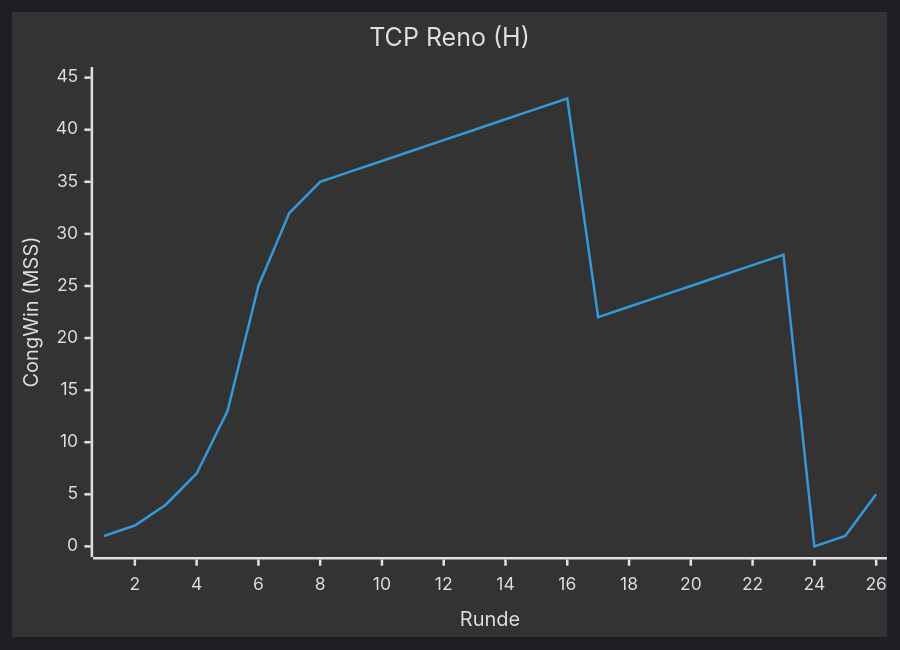
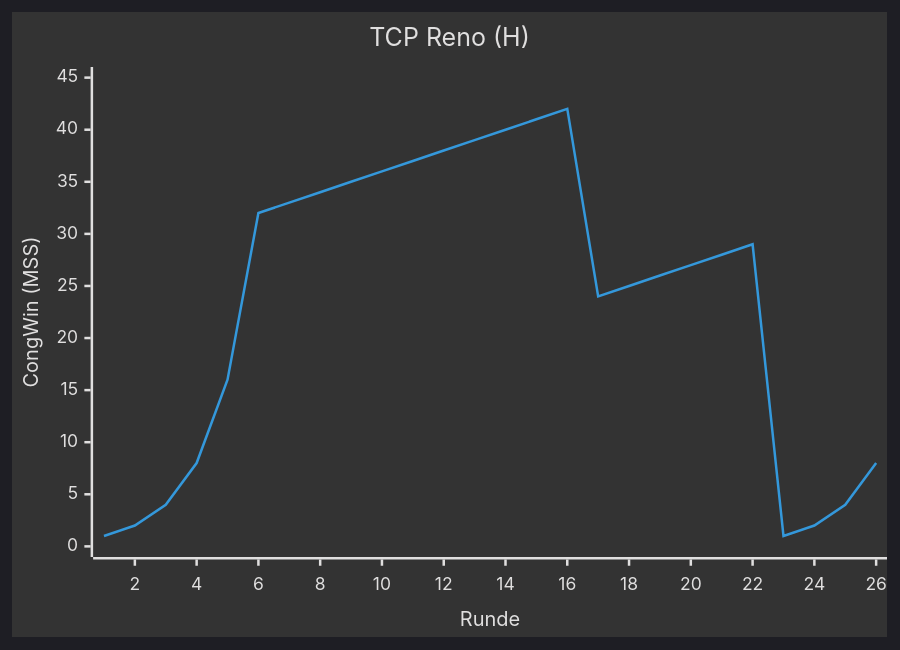
Before and after one commit to noluyorAbi/quartzDeployment: the first of 2 diagrams in content/4.Semester/Informatik/RNVS/RNVS-Übungblätter/ÜB 07/RNVS-Blatt-07.md, drawn with Mermaid. The commit also changed other lines of this file, not shown here.

````diff
--- a/content/4.Semester/Informatik/RNVS/RNVS-Übungblätter/ÜB 07/RNVS-Blatt-07.md
+++ b/content/4.Semester/Informatik/RNVS/RNVS-Übungblätter/ÜB 07/RNVS-Blatt-07.md
@@ -23,13 +25,13 @@
 ```mermaid
 %%{init: {'theme': 'dark', 'themeVariables': { 'lineColor': '#00FFFF', 'titleColor': '#FFFFFF', 'xAxisLabelColor': '#FFFFFF', 'xAxisTitleColor': '#FFFFFF', 'yAxisLabelColor': '#FFFFFF', 'yAxisTitleColor': '#FFFFFF', 'chartBackground': '#000000', 'gridColor': '#444444', 'lineStrokeWidth': 2 }}}%%
 
 xychart-beta
 
 title "TCP Reno (H)"
 
 x-axis Runde 1 --> 26
 
 y-axis "CongWin (MSS)" 0 --> 45
 
-line [1, 2, 4, 7, 13, 25, 32, 35, 36, 37, 38, 39, 40, 41, 42, 43, 22, 23, 24, 25, 26, 27, 28, 0, 1, 5]
+line [1, 2, 4, 8, 16, 32, 33, 34, 35, 36, 37, 38, 39, 40, 41, 42, 24, 25, 26, 27, 28, 29, 1, 2, 4, 8]
 ```
````
